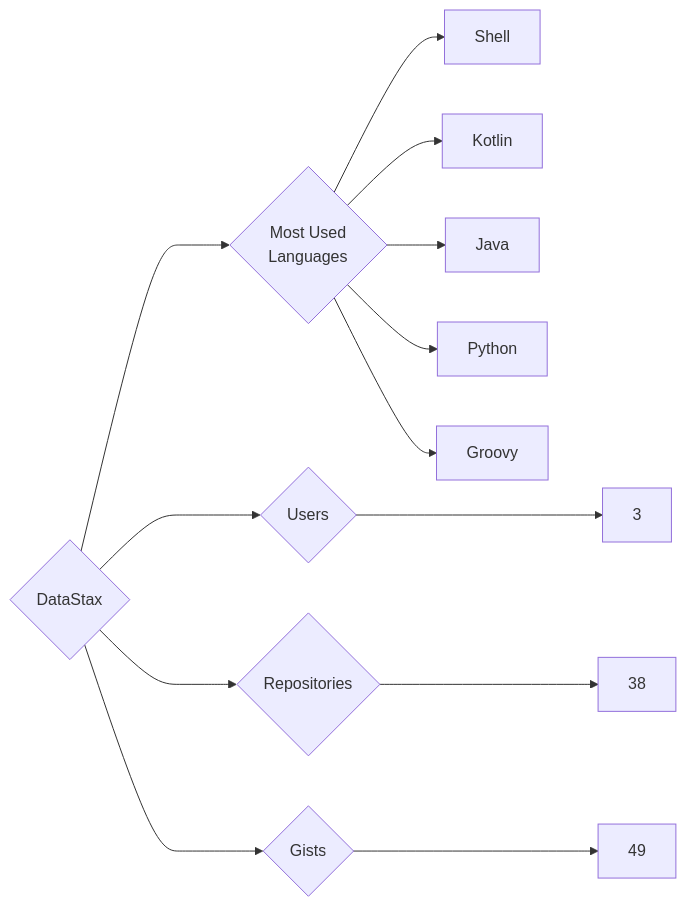
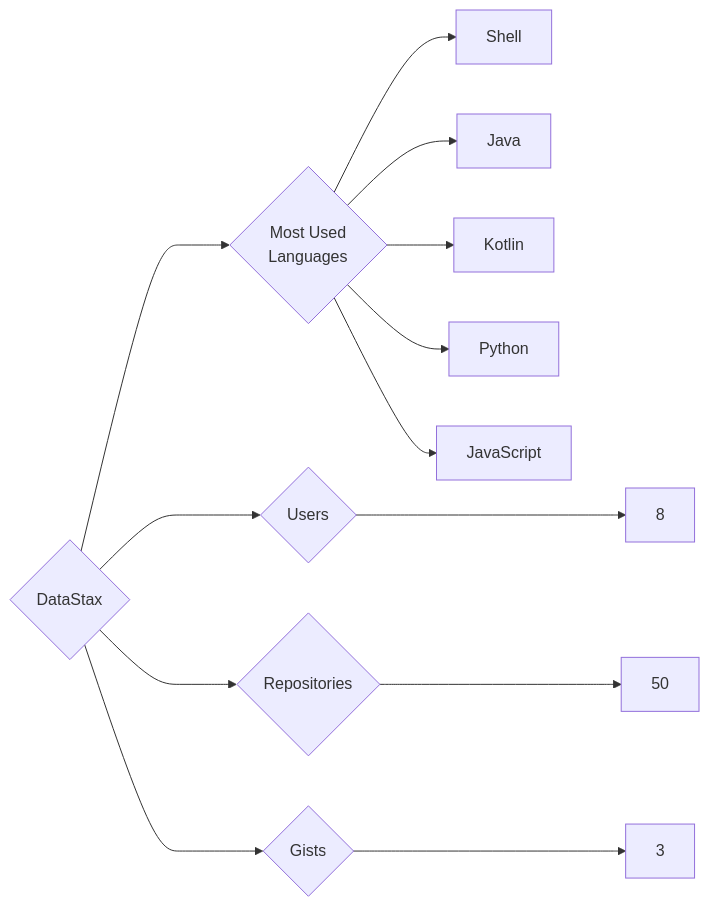
One commit to trickest/insiders changed the diagram in targets/DataStax/README.md. Above: the diagram before and after it, drawn with Mermaid. The commit also changed 1088 other files, not shown here.

````diff
--- a/targets/DataStax/README.md
+++ b/targets/DataStax/README.md
@@ -3,13 +3,13 @@
 ```mermaid
 graph LR
 COMPANY_NAME{DataStax}
-COMPANY_NAME ---> U{Users} ---> UN[3]
-COMPANY_NAME ---> R{Repositories} ---> RN[38]
-COMPANY_NAME ---> G{Gists} ---> GN[49]
+COMPANY_NAME ---> U{Users} ---> UN[8]
+COMPANY_NAME ---> R{Repositories} ---> RN[50]
+COMPANY_NAME ---> G{Gists} ---> GN[3]
 COMPANY_NAME ---> ML{Most Used<br>Languages}
 ML --> Shell[Shell]
+ML --> Java[Java]
 ML --> Kotlin[Kotlin]
-ML --> Java[Java]
 ML --> Python[Python]
-ML --> Groovy[Groovy]
+ML --> JavaScript[JavaScript]
 ```
````
